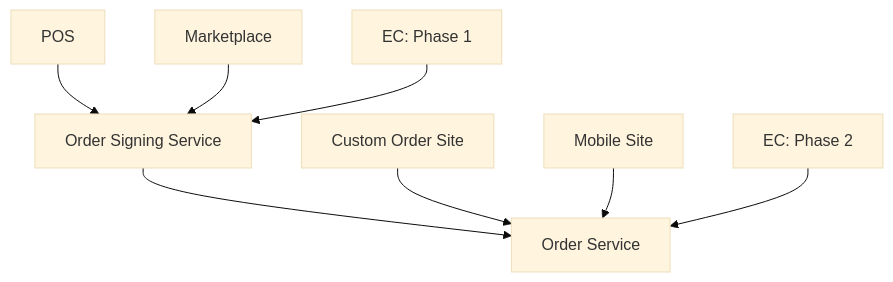
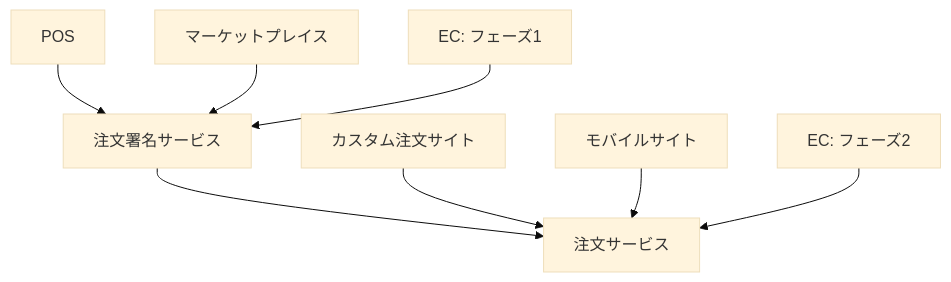
The diagram in domains/retail/workflows/sign-order/service-dependency.md (aws-samples/industry-reference-models), drawn with Mermaid (base theme) before and after one commit. The commit also changed other lines of this file, not shown here.

````diff
--- a/domains/retail/workflows/sign-order/service-dependency.md
+++ b/domains/retail/workflows/sign-order/service-dependency.md
@@ -5,10 +5,10 @@
 ```mermaid
 graph TD
-    POS[POS] --> OSS[Order Signing Service]
-    MP[Marketplace] --> OSS
-    EC1[EC: Phase 1] --> OSS
-    OSS --> OS[Order Service]
-    COS[Custom Order Site] --> OS
-    MS[Mobile Site] --> OS
-    EC2[EC: Phase 2] --> OS
+    POS[POS] --> OSS[注文署名サービス]
+    MP[マーケットプレイス] --> OSS
+    EC1[EC: フェーズ1] --> OSS
+    OSS --> OS[注文サービス]
+    COS[カスタム注文サイト] --> OS
+    MS[モバイルサイト] --> OS
+    EC2[EC: フェーズ2] --> OS
 ```
````
